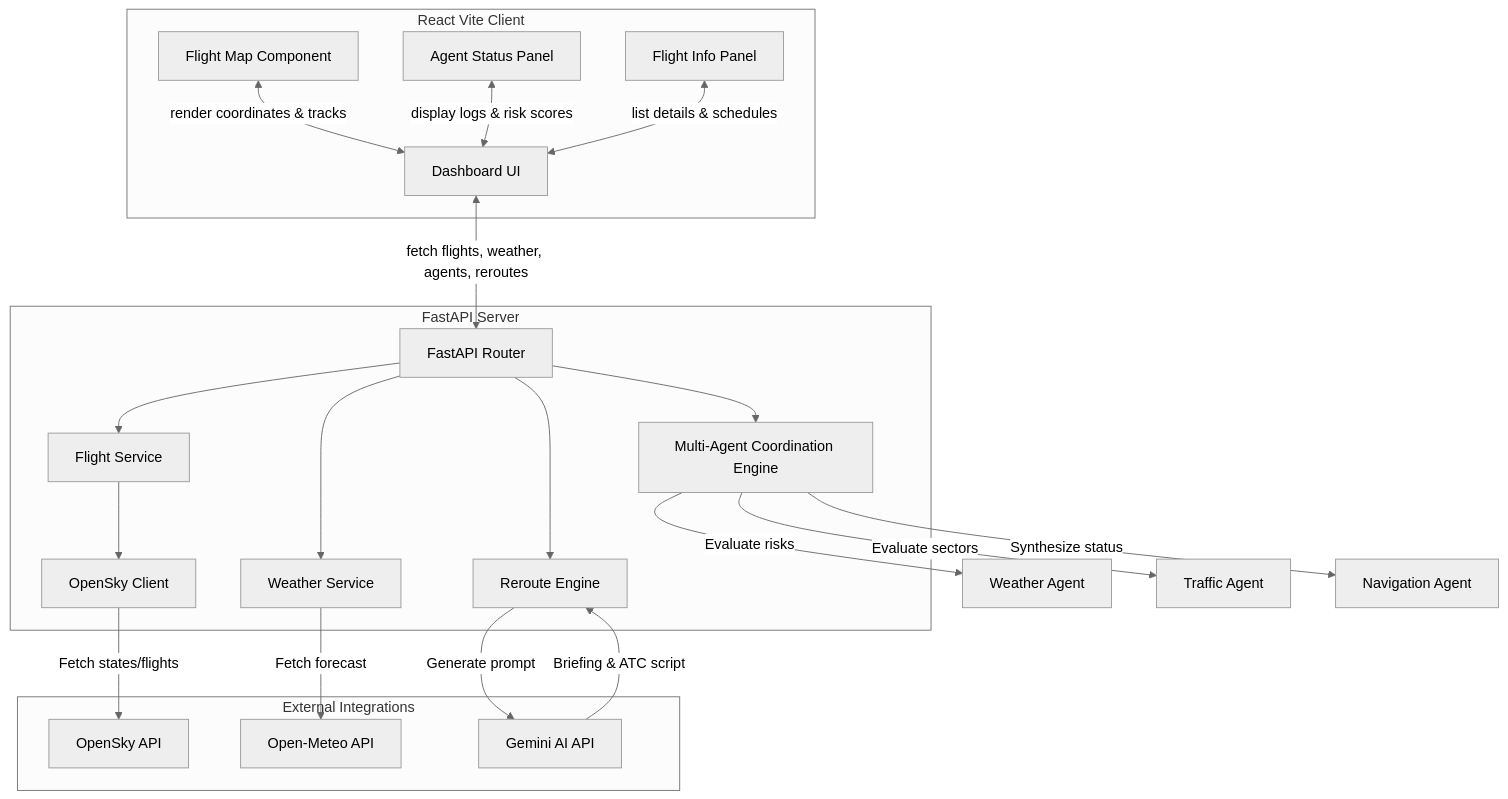
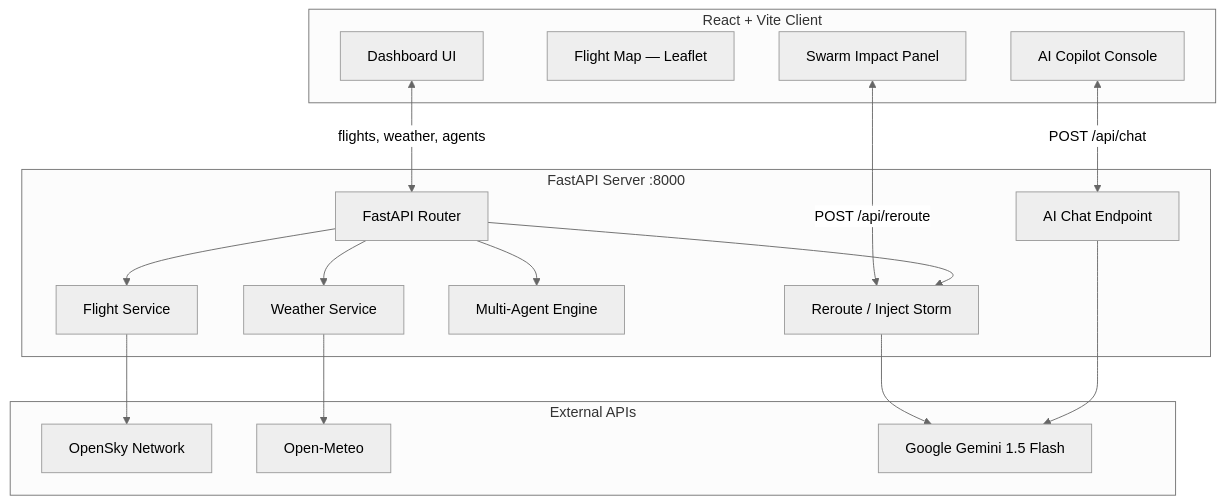
The diagram in README.md (VANSHTANWAR12/SKYSYNC), drawn with Mermaid (neutral theme) before and after one commit. The commit also changed other lines of this file, not shown here.

First line of the commit message:
docs: update README with all current features and API endpoints

````diff
--- a/README.md
+++ b/README.md
@@ -47,47 +68,34 @@
 ```mermaid
 graph TD
-    subgraph Frontend [React Vite Client]
+    subgraph Frontend ["React + Vite Client"]
         Dashboard[Dashboard UI]
-        FlightMap[Flight Map Component]
-        AgentPanel[Agent Status Panel]
-        FlightInfo[Flight Info Panel]
+        FlightMap[Flight Map — Leaflet]
+        AgentConsole[AI Copilot Console]
+        SwarmPanel[Swarm Impact Panel]
     end
 
-    subgraph Backend [FastAPI Server]
+    subgraph Backend ["FastAPI Server :8000"]
         API[FastAPI Router]
         FlightSvc[Flight Service]
-        OpenSky[OpenSky Client]
         WeatherSvc[Weather Service]
-        AgentMgr[Multi-Agent Coordination Engine]
-        RerouteEngine[Reroute Engine]
+        AgentMgr[Multi-Agent Engine]
+        RerouteEngine[Reroute / Inject Storm]
+        ChatEndpoint[AI Chat Endpoint]
     end
 
-    subgraph Upstream [External Integrations]
-        OSN[OpenSky API]
-        OM[Open-Meteo API]
-        Gemini[Gemini AI API]
+    subgraph Upstream ["External APIs"]
+        OSN[OpenSky Network]
+        OM[Open-Meteo]
+        Gemini[Google Gemini 1.5 Flash]
     end
 
-    %% Frontend interactions
-    Dashboard <-->|fetch flights, weather, agents, reroutes| API
-    FlightMap <-->|render coordinates & tracks| Dashboard
-    AgentPanel <-->|display logs & risk scores| Dashboard
-    FlightInfo <-->|list details & schedules| Dashboard
+    Dashboard <-->|flights, weather, agents| API
+    AgentConsole <-->|POST /api/chat| ChatEndpoint
+    SwarmPanel <-->|POST /api/reroute| RerouteEngine
 
-    %% Backend interactions
-    API --> FlightSvc
-    API --> WeatherSvc
+    API --> FlightSvc --> OSN
+    API --> WeatherSvc --> OM
     API --> AgentMgr
-    API --> RerouteEngine
-
-    FlightSvc --> OpenSky
-    OpenSky -->|Fetch states/flights| OSN
-    WeatherSvc -->|Fetch forecast| OM
-    
-    AgentMgr -->|Evaluate risks| WeatherAgent[Weather Agent]
-    AgentMgr -->|Evaluate sectors| TrafficAgent[Traffic Agent]
-    AgentMgr -->|Synthesize status| NavAgent[Navigation Agent]
-
-    RerouteEngine -->|Generate prompt| Gemini
-    Gemini -->|Briefing & ATC script| RerouteEngine
+    API --> RerouteEngine --> Gemini
+    ChatEndpoint --> Gemini
 ```
````
